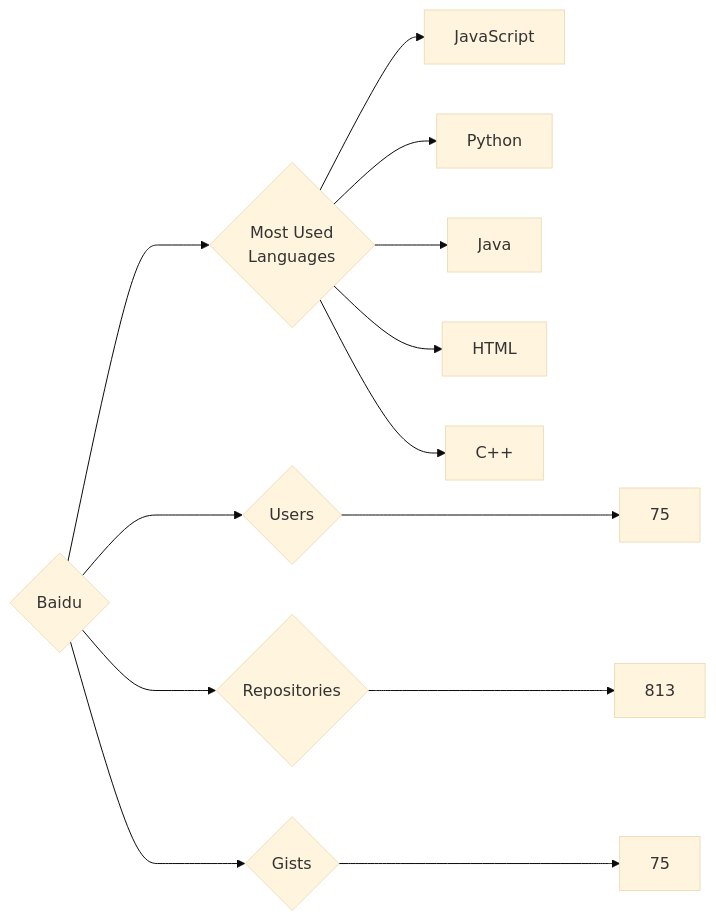
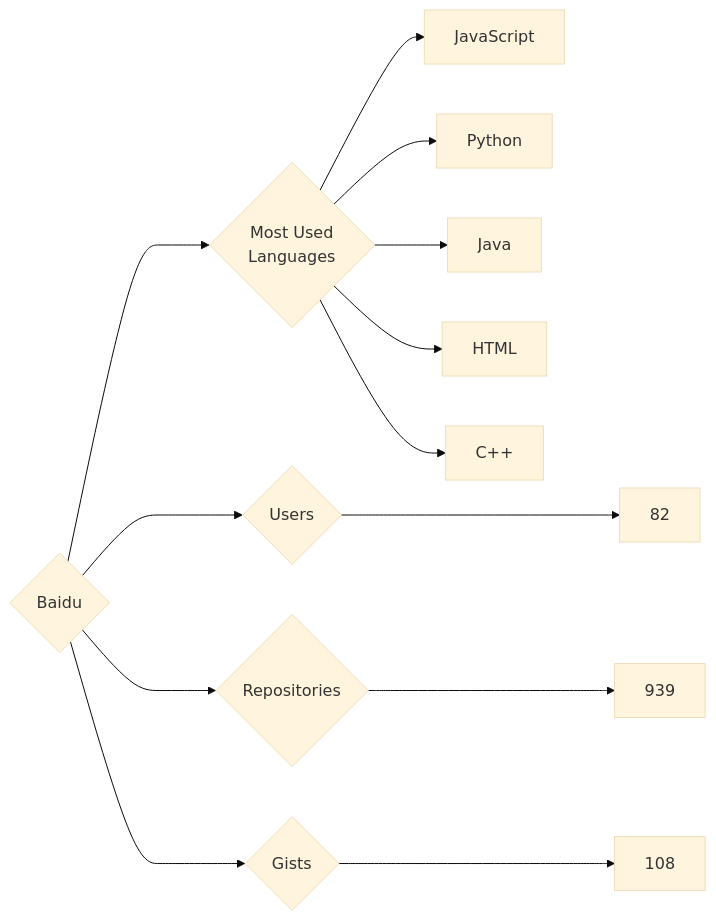
One commit to trickest/insiders changed the diagram in targets/Baidu/README.md. Above: the diagram before and after it, drawn with Mermaid (base theme). The commit also changed 969 other files, not shown here.

````diff
--- a/targets/Baidu/README.md
+++ b/targets/Baidu/README.md
@@ -3,13 +3,13 @@
 ```mermaid
 graph LR
 COMPANY_NAME{Baidu}
-COMPANY_NAME ---> U{Users} ---> UN[75]
-COMPANY_NAME ---> R{Repositories} ---> RN[813]
-COMPANY_NAME ---> G{Gists} ---> GN[75]
+COMPANY_NAME ---> U{Users} ---> UN[82]
+COMPANY_NAME ---> R{Repositories} ---> RN[939]
+COMPANY_NAME ---> G{Gists} ---> GN[108]
 COMPANY_NAME ---> ML{Most Used<br>Languages}
 ML --> JavaScript[JavaScript]
 ML --> Python[Python]
 ML --> Java[Java]
 ML --> HTML[HTML]
 ML --> C++[C++]
 ```
````
